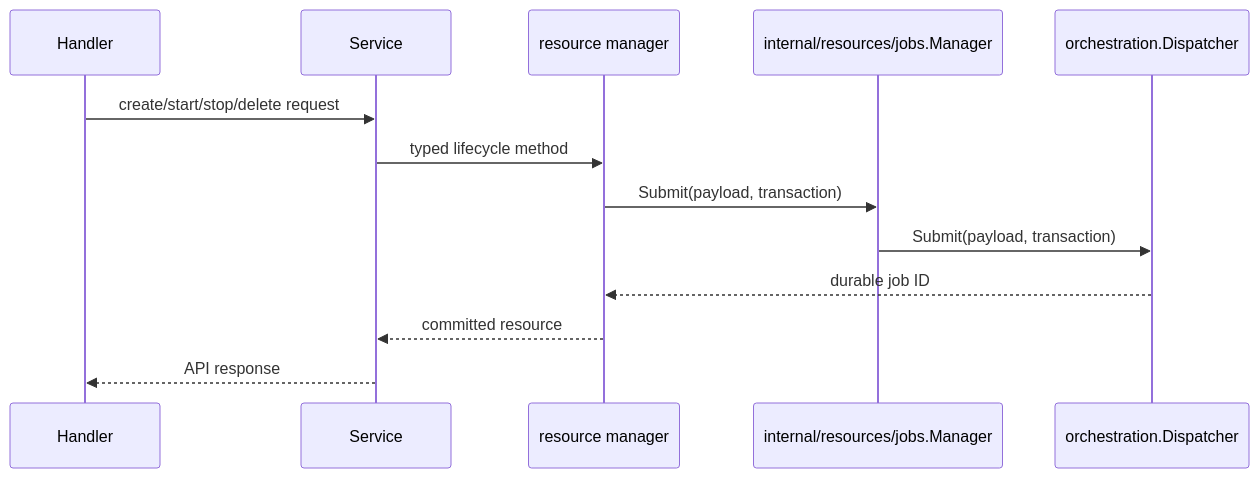
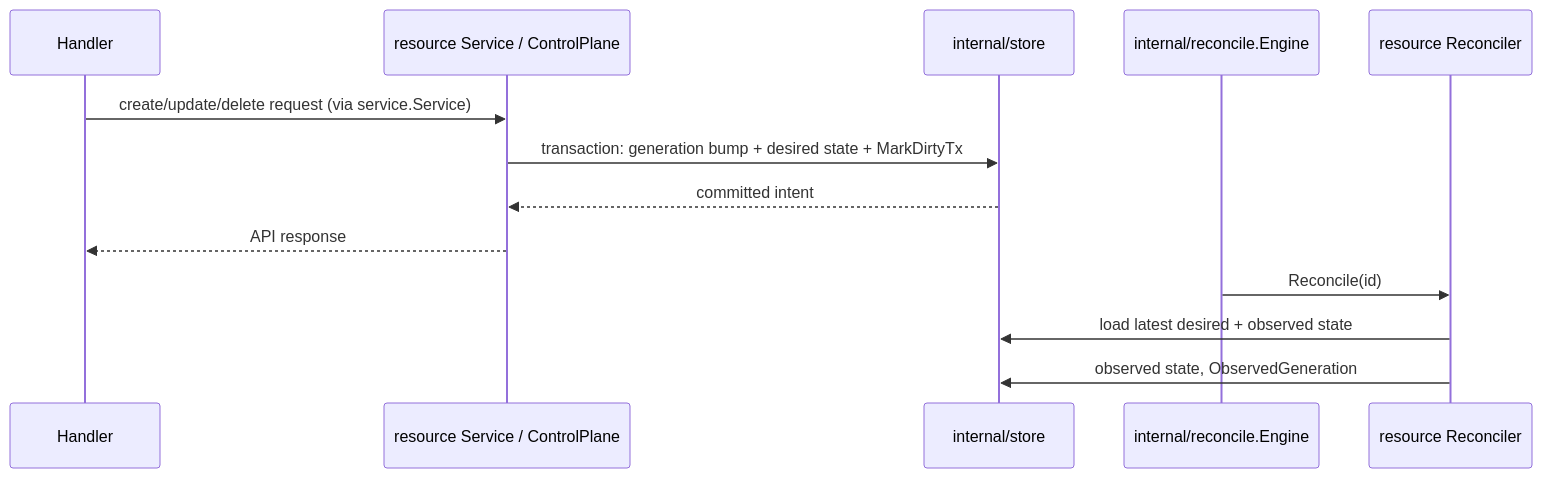
Before and after one commit to discobox-ai/discobox: the second of 2 diagrams in server/internal/service/DESIGN.md, drawn with Mermaid. The commit also changed other lines of this file and 37 other files, not shown here.

````diff
--- a/server/internal/service/DESIGN.md
+++ b/server/internal/service/DESIGN.md
@@ -77,16 +123,16 @@
 ```mermaid
 sequenceDiagram
     participant Handler
-    participant Service
-    participant Manager as resource manager
-    participant Jobs as internal/resources/jobs.Manager
-    participant Dispatcher as orchestration.Dispatcher
+    participant Resource as resource Service / ControlPlane
+    participant Store as internal/store
+    participant Engine as internal/reconcile.Engine
+    participant Reconciler as resource Reconciler
 
-    Handler->>Service: create/start/stop/delete request
-    Service->>Manager: typed lifecycle method
-    Manager->>Jobs: Submit(payload, transaction)
-    Jobs->>Dispatcher: Submit(payload, transaction)
-    Dispatcher-->>Manager: durable job ID
-    Manager-->>Service: committed resource
-    Service-->>Handler: API response
+    Handler->>Resource: create/update/delete request (via service.Service)
+    Resource->>Store: transaction: generation bump + desired state + MarkDirtyTx
+    Store-->>Resource: committed intent
+    Resource-->>Handler: API response
+    Engine->>Reconciler: Reconcile(id)
+    Reconciler->>Store: load latest desired + observed state
+    Reconciler->>Store: observed state, ObservedGeneration
 ```
````
